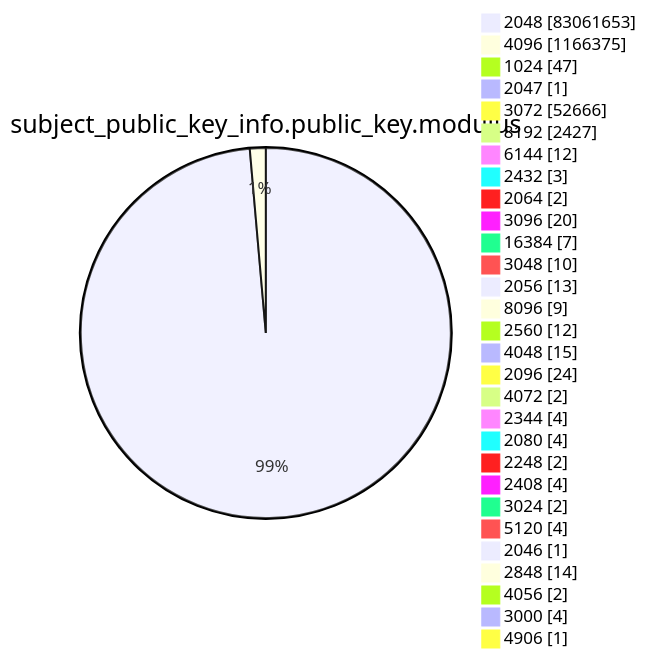
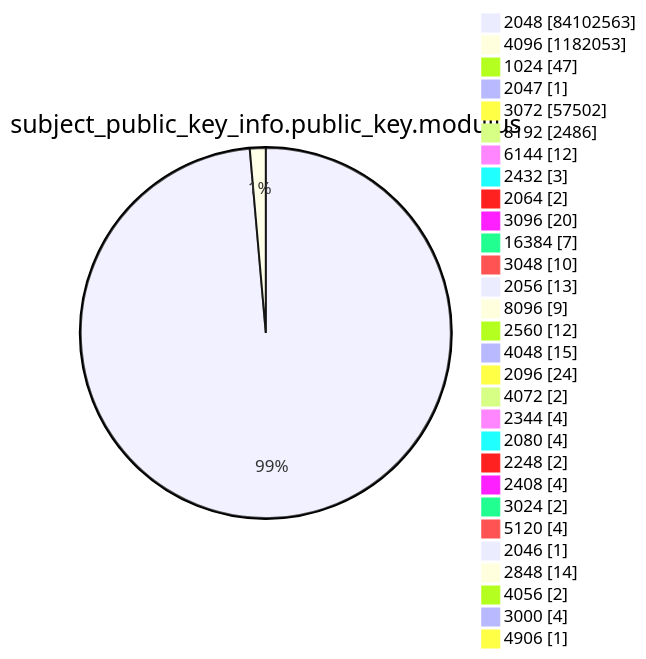
One commit to christiankrug/ctmonitor_visualization changed diagram 13 of 15 in xenon2023/README.md. Above: the diagram before and after it, drawn with Mermaid. The commit also changed other lines of this file, not shown here.

````diff
--- a/xenon2023/README.md
+++ b/xenon2023/README.md
@@ -2723,33 +2727,33 @@
 ```mermaid
 pie showData
 title subject_public_key_info.public_key.modulus
-"2048" :83061653
-"4096" :1166375
+"2048" :84102563
+"4096" :1182053
 "1024" :47
 "2047" :1
-"3072" :52666
-"8192" :2427
+"3072" :57502
+"8192" :2486
 "6144" :12
 "2432" :3
 "2064" :2
 "3096" :20
 "16384" :7
 "3048" :10
 "2056" :13
 "8096" :9
 "2560" :12
 "4048" :15
 "2096" :24
 "4072" :2
 "2344" :4
 "2080" :4
 "2248" :2
 "2408" :4
 "3024" :2
 "5120" :4
 "2046" :1
 "2848" :14
 "4056" :2
 "3000" :4
 "4906" :1
 ```
````
